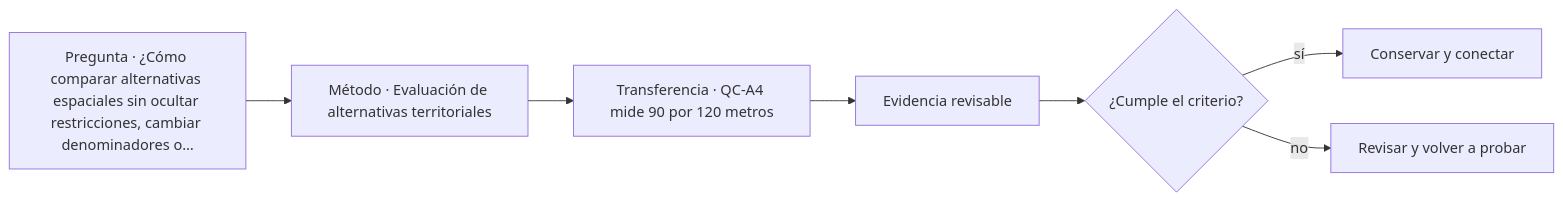
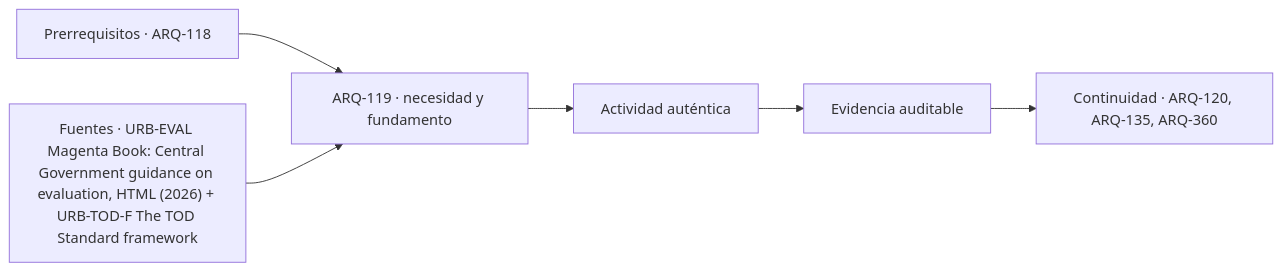
One commit to vladimiracunadev-create/architecture-built-environment-learning-program changed the diagram in classes/parte-12/ARQ-119.md. Above: the diagram before and after it, drawn with Mermaid. The commit also changed other lines of this file and 761 other files, not shown here.

````diff
--- a/classes/parte-12/ARQ-119.md
+++ b/classes/parte-12/ARQ-119.md
@@ -151,9 +163,8 @@
 ```mermaid
 flowchart LR
-    Q["Pregunta · ¿Cómo comparar alternativas espaciales sin ocultar restricciones, cambiar denominadores o…"] --> M["Método · Evaluación de alternativas territoriales"]
-    M --> P["Transferencia · QC-A4 mide 90 por 120 metros"]
-    P --> E["Evidencia revisable"]
-    E --> C{"¿Cumple el criterio?"}
-    C -->|sí| T["Conservar y conectar"]
-    C -->|no| R["Revisar y volver a probar"]
+    A["Prerrequisitos · ARQ-118"] --> B["ARQ-119 · necesidad y fundamento"]
+    S["Fuentes · URB-EVAL Magenta Book: Central Government guidance on evaluation, HTML (2026) + URB-TOD-F The TOD Standard framework"] --> B
+    B --> C["Actividad auténtica"]
+    C --> D["Evidencia auditable"]
+    D --> E["Continuidad · ARQ-120, ARQ-135, ARQ-360"]
 ```
````
